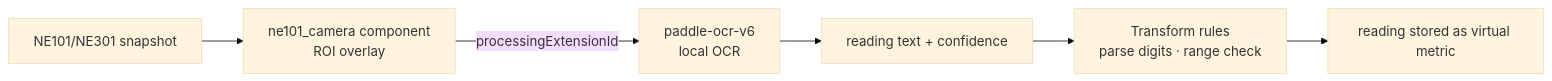
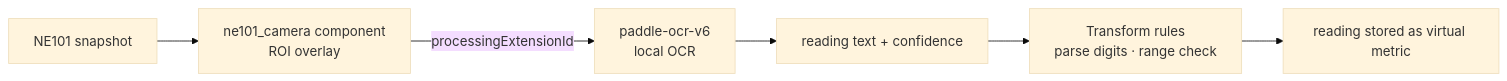
The diagram in i18n/en/docusaurus-plugin-content-docs/current/4-edge-ai-solutions/1-water-meter-recognition/2-ai-model.md (camthink-ai/wiki-documents), drawn with Mermaid (base theme) before and after one commit. The commit also changed other lines of this file and 9 other files, not shown here.

````diff
--- a/i18n/en/docusaurus-plugin-content-docs/current/4-edge-ai-solutions/1-water-meter-recognition/2-ai-model.md
+++ b/i18n/en/docusaurus-plugin-content-docs/current/4-edge-ai-solutions/1-water-meter-recognition/2-ai-model.md
@@ -17,8 +17,8 @@
 ```mermaid
 flowchart LR
-    A["NE101/NE301 snapshot"] --> B["ne101_camera component<br/>ROI overlay"]
+    A["NE101 snapshot"] --> B["ne101_camera component<br/>ROI overlay"]
     B -->|processingExtensionId| C["paddle-ocr-v6<br/>local OCR"]
     C --> D["reading text + confidence"]
     D --> E["Transform rules<br/>parse digits · range check"]
     E --> F["reading stored as virtual metric"]
 ```
````
